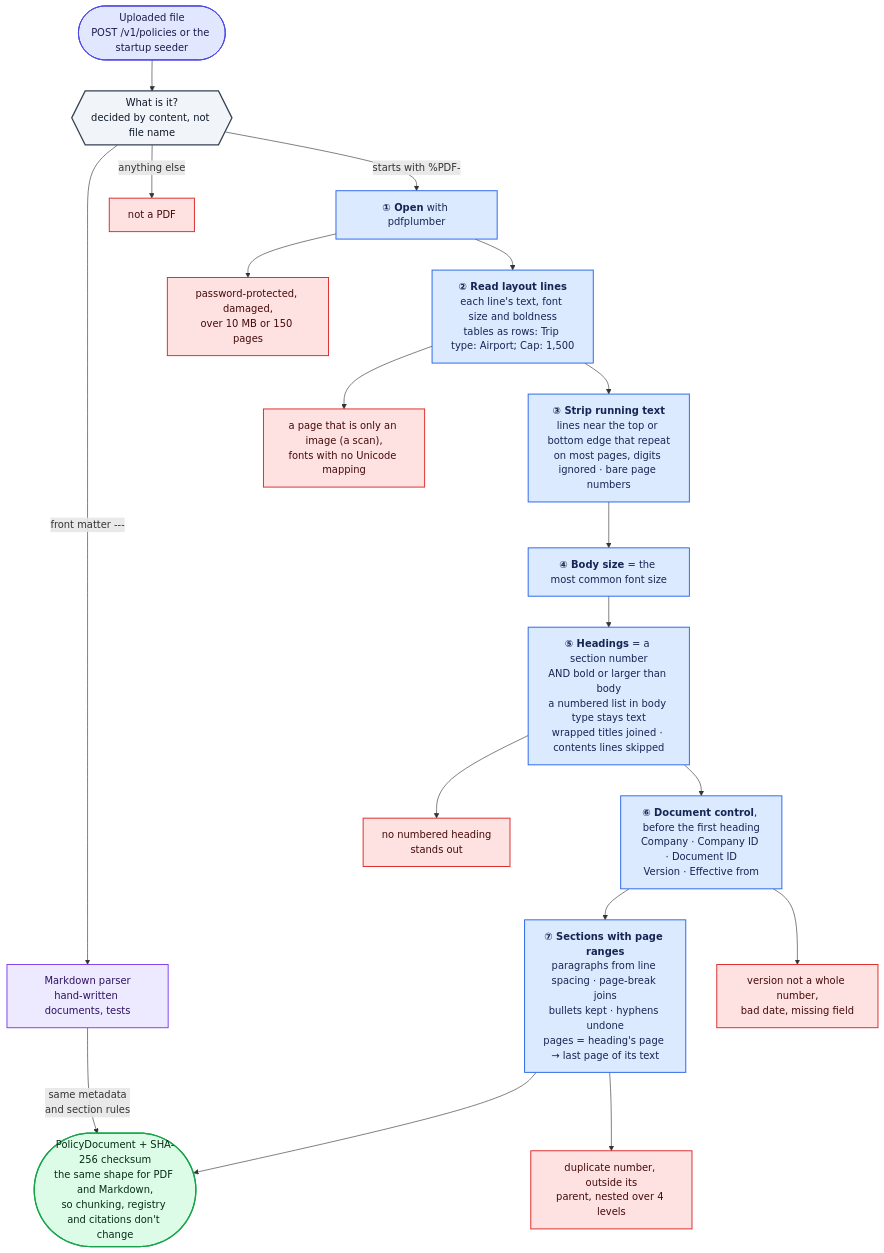
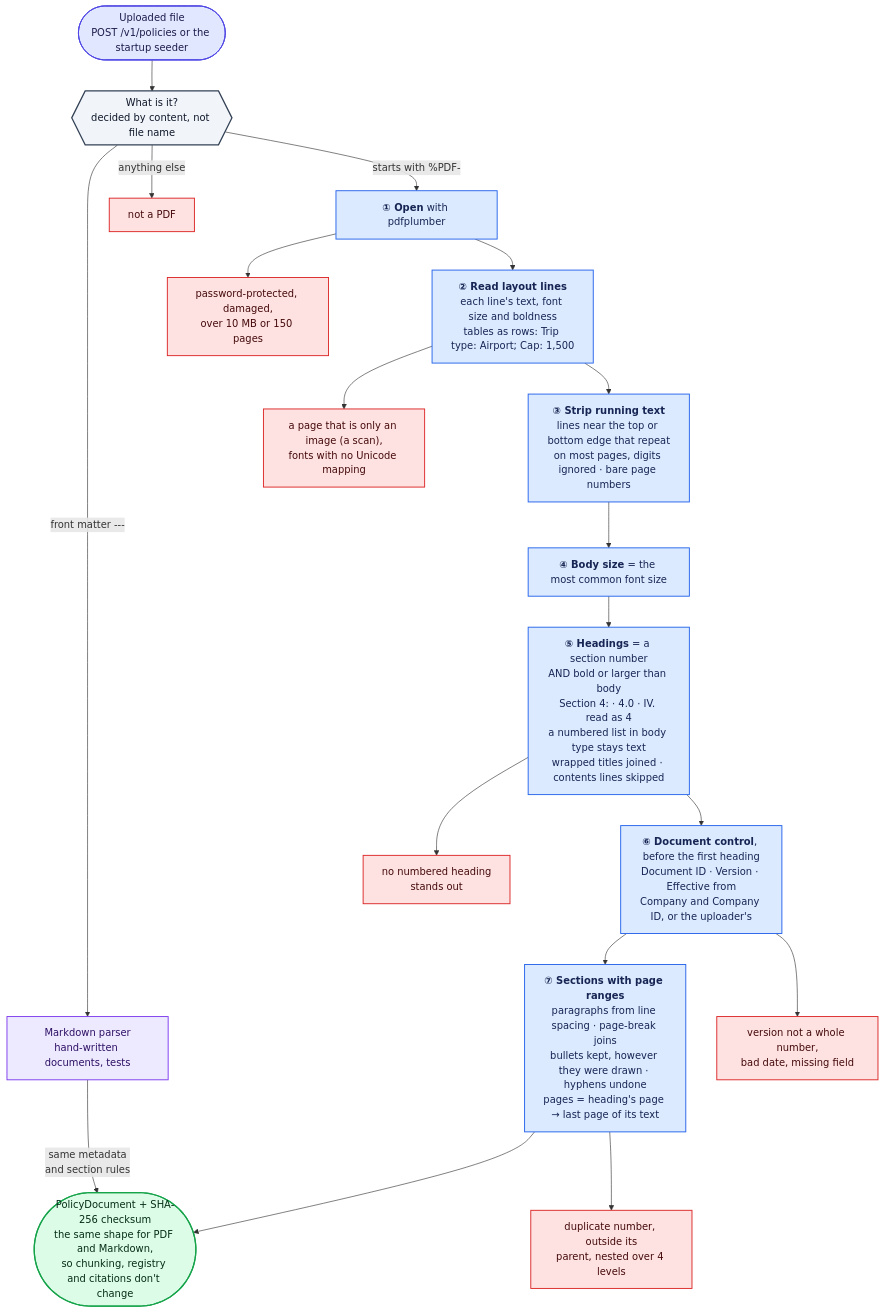
The seventh of 9 diagrams in README.md (mrhello291/commute-policy-assistant), drawn with Mermaid before and after one commit. The commit also changed other lines of this file and 1 other file, not shown here.

````diff
--- a/README.md
+++ b/README.md
@@ -653,35 +656,35 @@
 ```mermaid
 flowchart TB
     IN(["Uploaded file<br/>POST /v1/policies or the startup seeder"]) --> FMT{{"What is it?<br/>decided by content, not file name"}}
     FMT -->|"starts with %PDF-"| OPEN
     FMT -->|"front matter ---"| MD["Markdown parser<br/>hand-written documents, tests"]
     FMT -->|"anything else"| R0["not a PDF"]
 
     OPEN["<b>① Open</b> with pdfplumber"] --> READ
     OPEN --> R1["password-protected, damaged,<br/>over 10 MB or 150 pages"]
     READ["<b>② Read layout lines</b><br/>each line's text, font size and boldness<br/>tables as rows: Trip type: Airport; Cap: 1,500"] --> STRIP
     READ --> R2["a page that is only an image (a scan),<br/>fonts with no Unicode mapping"]
     STRIP["<b>③ Strip running text</b><br/>lines near the top or bottom edge that repeat<br/>on most pages, digits ignored · bare page numbers"] --> BODY
     BODY["<b>④ Body size</b> = the most common font size"] --> HEAD
-    HEAD["<b>⑤ Headings</b> = a section number<br/>AND bold or larger than body<br/>a numbered list in body type stays text<br/>wrapped titles joined · contents lines skipped"] --> DC
+    HEAD["<b>⑤ Headings</b> = a section number<br/>AND bold or larger than body<br/>Section 4: · 4.0 · IV. read as 4<br/>a numbered list in body type stays text<br/>wrapped titles joined · contents lines skipped"] --> DC
     HEAD --> R3["no numbered heading<br/>stands out"]
-    DC["<b>⑥ Document control</b>, before the first heading<br/>Company · Company ID · Document ID<br/>Version · Effective from"] --> SEC
+    DC["<b>⑥ Document control</b>, before the first heading<br/>Document ID · Version · Effective from<br/>Company and Company ID, or the uploader's"] --> SEC
     DC --> R4["version not a whole number,<br/>bad date, missing field"]
-    SEC["<b>⑦ Sections with page ranges</b><br/>paragraphs from line spacing · page-break joins<br/>bullets kept · hyphens undone<br/>pages = heading's page → last page of its text"] --> DOC
+    SEC["<b>⑦ Sections with page ranges</b><br/>paragraphs from line spacing · page-break joins<br/>bullets kept, however they were drawn · hyphens undone<br/>pages = heading's page → last page of its text"] --> DOC
     SEC --> R5["duplicate number, outside its<br/>parent, nested over 4 levels"]
     MD -->|"same metadata<br/>and section rules"| DOC
     DOC(["PolicyDocument + SHA-256 checksum<br/>the same shape for PDF and Markdown,<br/>so chunking, registry and citations don't change"])
 
     classDef step fill:#dbeafe,stroke:#2563eb,stroke-width:1.5px,color:#172554
     classDef gate fill:#f1f5f9,stroke:#334155,stroke-width:2px,color:#0f172a
     classDef alt fill:#ede9fe,stroke:#7c3aed,stroke-width:1.5px,color:#2e1065
     classDef ok fill:#dcfce7,stroke:#16a34a,stroke-width:2px,color:#052e16
     classDef bad fill:#fee2e2,stroke:#dc2626,stroke-width:1.5px,color:#450a0a
     classDef client fill:#e0e7ff,stroke:#4f46e5,stroke-width:1.5px,color:#1e1b4b
     class IN client
     class FMT gate
     class OPEN,READ,STRIP,BODY,HEAD,DC,SEC step
     class MD alt
     class DOC ok
     class R0,R1,R2,R3,R4,R5 bad
 ```
````
